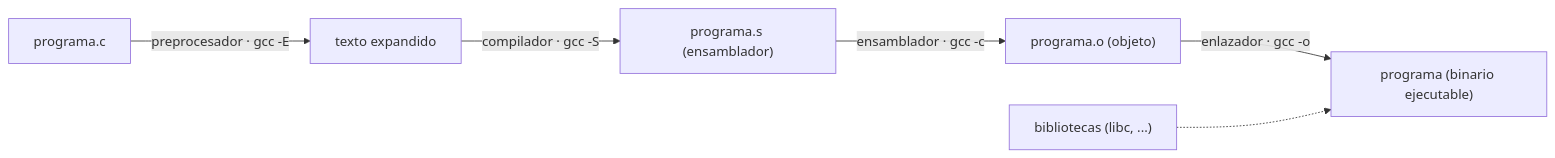
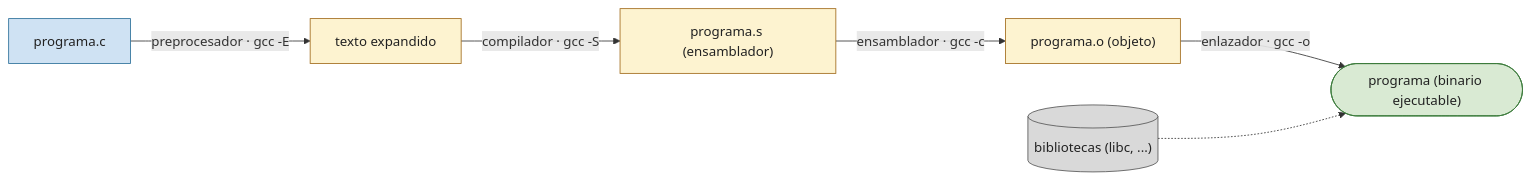
The diagram in PRACTICA/00-shell-y-herramientas/README.md (asiermarzo/ssoo), drawn with Mermaid before and after one commit. The commit also changed 25 other files, not shown here.

Commit message:
refinado de diagramas mermaid y svg

````diff
--- a/PRACTICA/00-shell-y-herramientas/README.md
+++ b/PRACTICA/00-shell-y-herramientas/README.md
@@ -65,8 +65,18 @@
 ```mermaid
 flowchart LR
     C["programa.c"] -->|"preprocesador · gcc -E"| I["texto expandido"]
     I -->|"compilador · gcc -S"| S["programa.s (ensamblador)"]
     S -->|"ensamblador · gcc -c"| O["programa.o (objeto)"]
-    O -->|"enlazador · gcc -o"| B["programa (binario ejecutable)"]
-    LIB["bibliotecas (libc, ...)"] -.-> B
+    O -->|"enlazador · gcc -o"| B(["programa (binario ejecutable)"])
+    LIB[("bibliotecas (libc, ...)")] -.-> B
+
+    classDef fuente fill:#cfe2f3,stroke:#2b6f99,color:#222;
+    classDef intermedio fill:#fdf3d0,stroke:#a06a1a,color:#222;
+    classDef binario fill:#d9ead3,stroke:#3a7a3a,color:#222;
+    classDef biblioteca fill:#d9d9d9,stroke:#555,color:#222;
+
+    class C fuente;
+    class I,S,O intermedio;
+    class B binario;
+    class LIB biblioteca;
 ```
````
